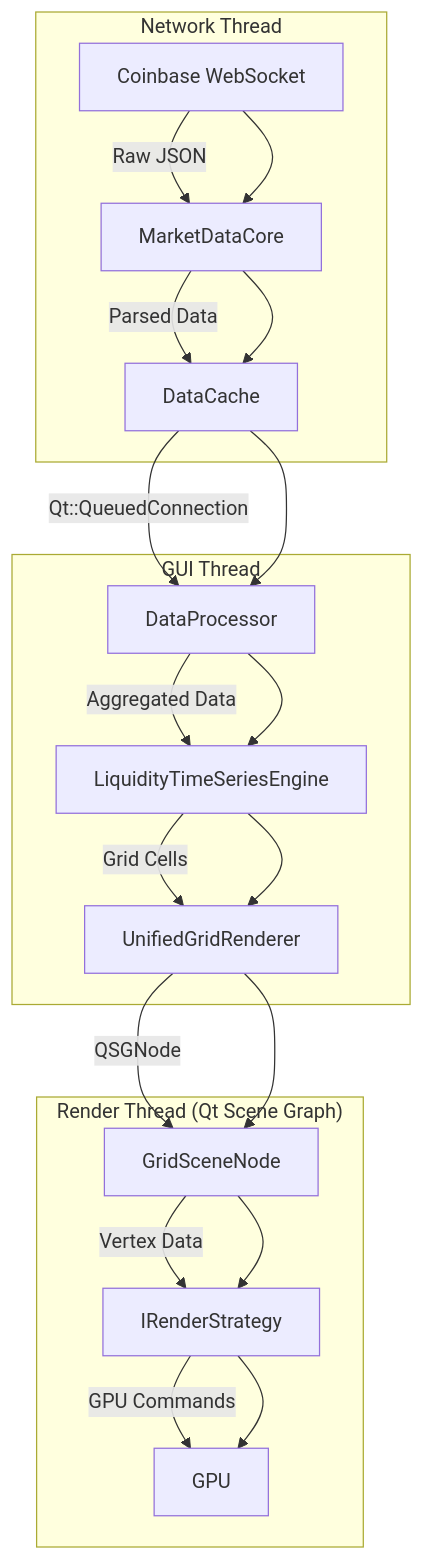
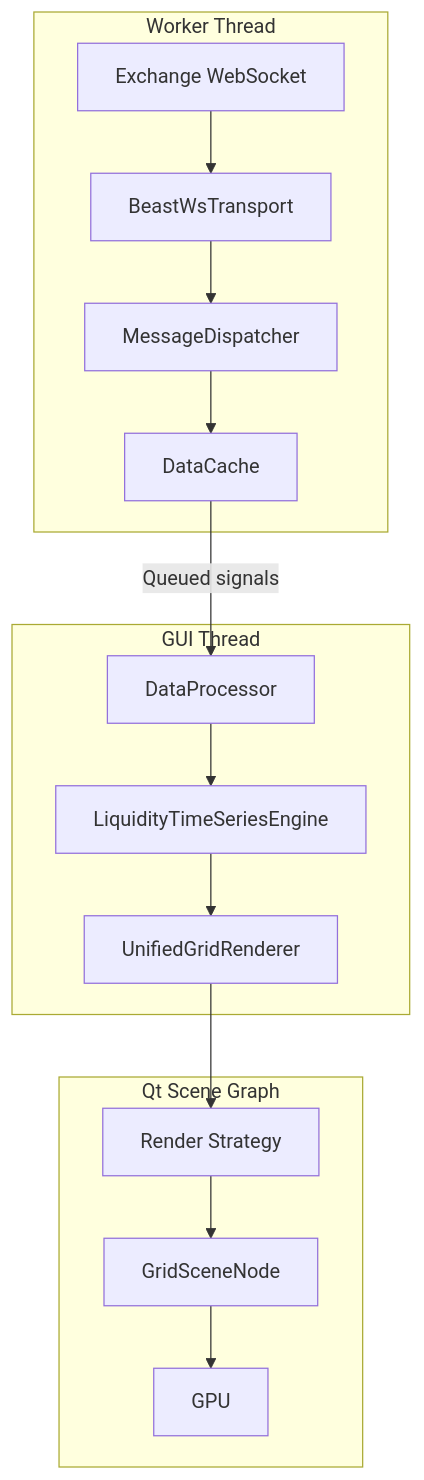
Before and after one commit to pattty847/Sentinel: the diagram in docs/ARCHITECTURE.md, drawn with Mermaid. The commit also changed other lines of this file and 53 other files, not shown here.

First line of the commit message:
MarketDataCore Refactor: Modular Transport, Dispatch, and Sink Architecture (#14)

````diff
--- a/docs/ARCHITECTURE.md
+++ b/docs/ARCHITECTURE.md
@@ -23,21 +51,20 @@
 ```mermaid
 graph TD
-    subgraph "Network Thread"
-        A[Coinbase WebSocket] -->|Raw JSON| B[MarketDataCore]
-        B -->|Parsed Data| C[DataCache]
+    subgraph "Worker Thread"
+        A[Exchange WebSocket] --> B[BeastWsTransport]
+        B --> C[MessageDispatcher]
+        C --> D[DataCache]
     end
 
     subgraph "GUI Thread"
-        C -->|Qt::QueuedConnection| D[DataProcessor]
-        D -->|Aggregated Data| E[LiquidityTimeSeriesEngine]
-        E -->|Grid Cells| F[UnifiedGridRenderer]
+        D -->|Queued signals| E[DataProcessor]
+        E --> F[LiquidityTimeSeriesEngine]
+        F --> G[UnifiedGridRenderer]
     end
 
-    subgraph "Render Thread (Qt Scene Graph)"
-        F -->|QSGNode| G[GridSceneNode]
-        G -->|Vertex Data| H[IRenderStrategy]
-        H -->|GPU Commands| I[GPU]
+    subgraph "Qt Scene Graph"
+        G --> H[Render Strategy]
+        H --> I[GridSceneNode]
+        I --> J[GPU]
     end
-
-    A --> B --> C --> D --> E --> F --> G --> H --> I
 ```
````
